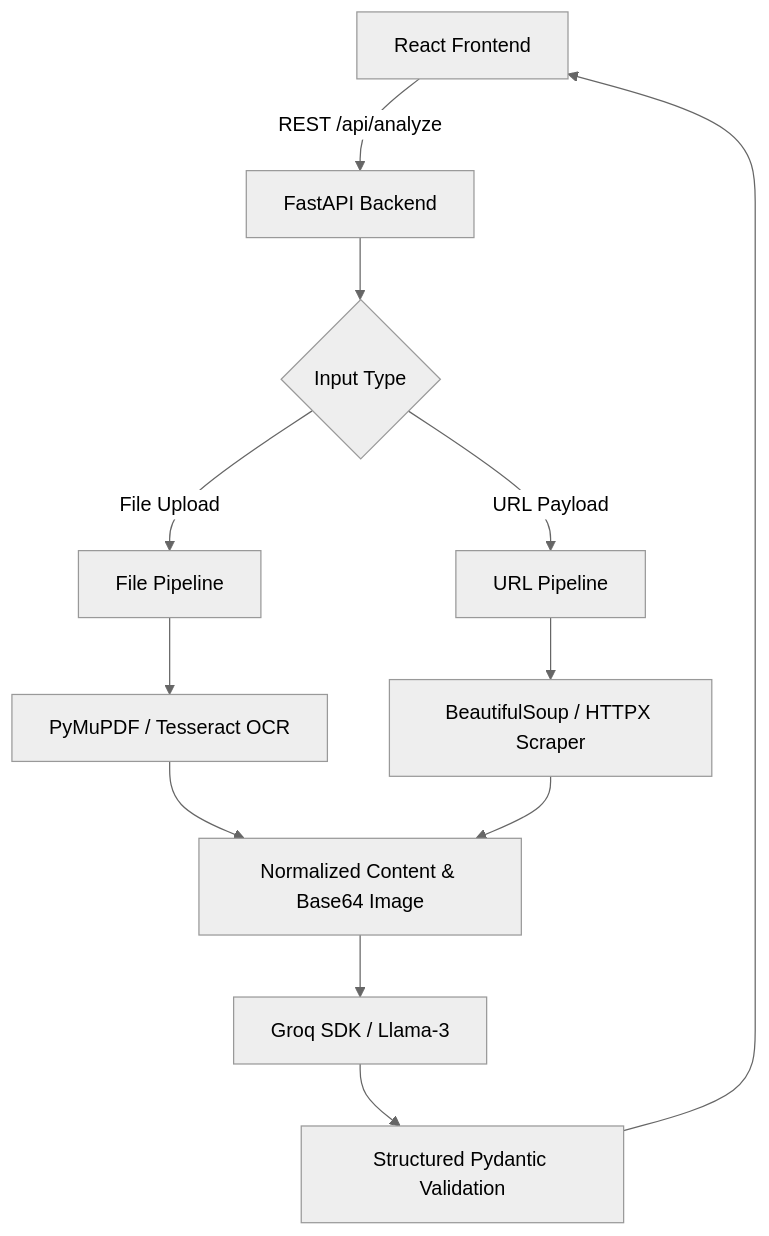
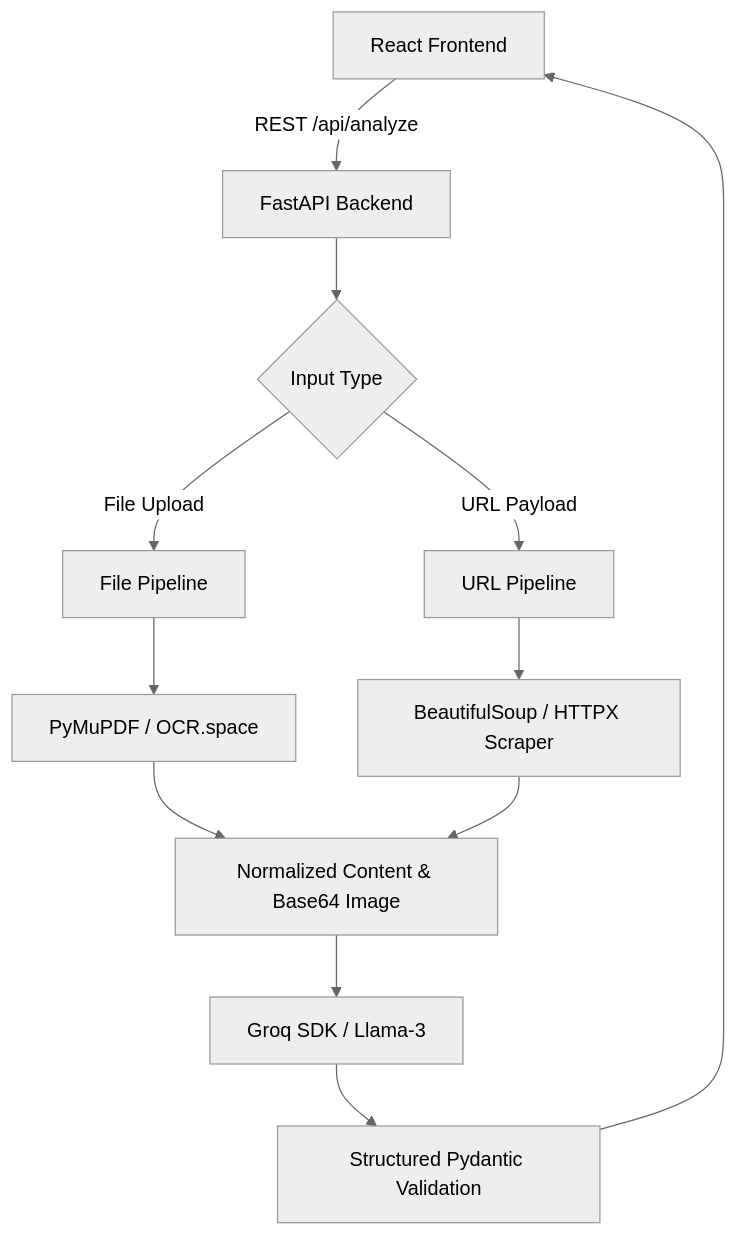
Before and after one commit to madhan-karthikeyan/social-media-posts-analyser: the diagram in README.md, drawn with Mermaid (neutral theme). The commit also changed other lines of this file and 8 other files, not shown here.

````diff
--- a/README.md
+++ b/README.md
@@ -36,14 +36,14 @@
 ```mermaid
 flowchart TD
     A[React Frontend] -->|REST /api/analyze| B[FastAPI Backend]
     B --> C{Input Type}
     C -->|File Upload| D[File Pipeline]
     C -->|URL Payload| E[URL Pipeline]
-    D --> F[PyMuPDF / Tesseract OCR]
+    D --> F[PyMuPDF / OCR.space]
     E --> G[BeautifulSoup / HTTPX Scraper]
     F --> H[Normalized Content & Base64 Image]
     G --> H
     H --> I[Groq SDK / Llama-3]
     I --> J[Structured Pydantic Validation]
     J --> A
 ```
````
